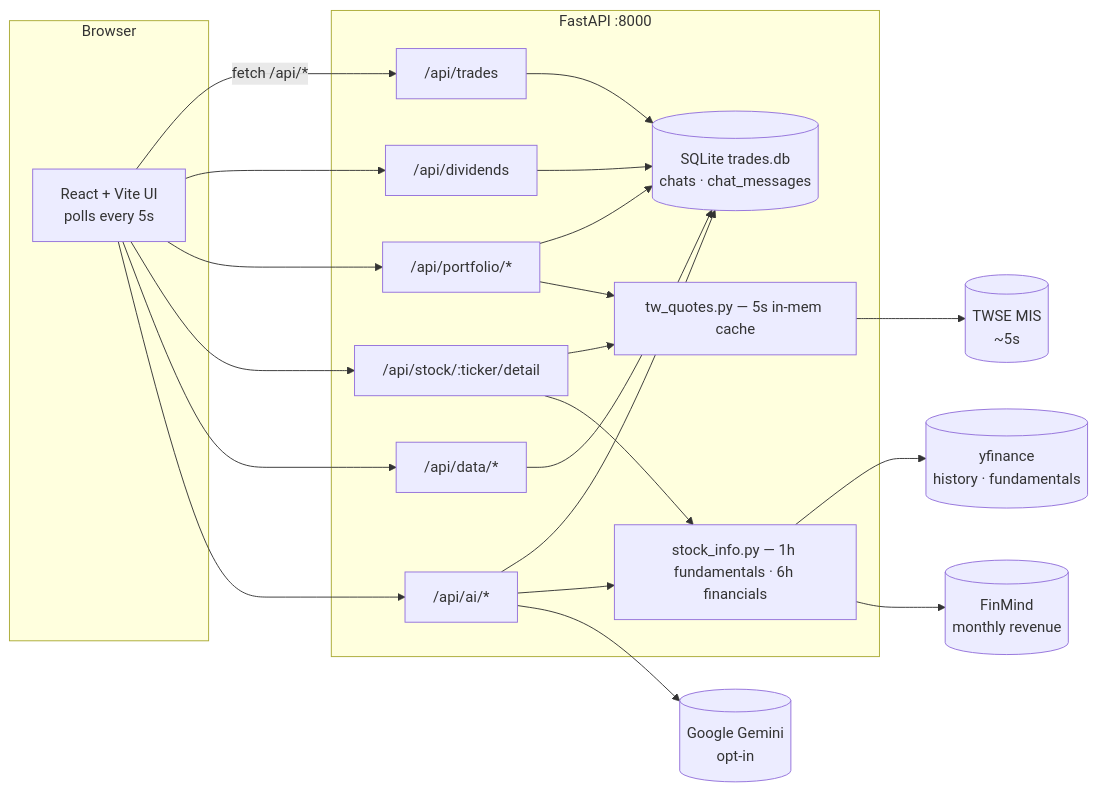
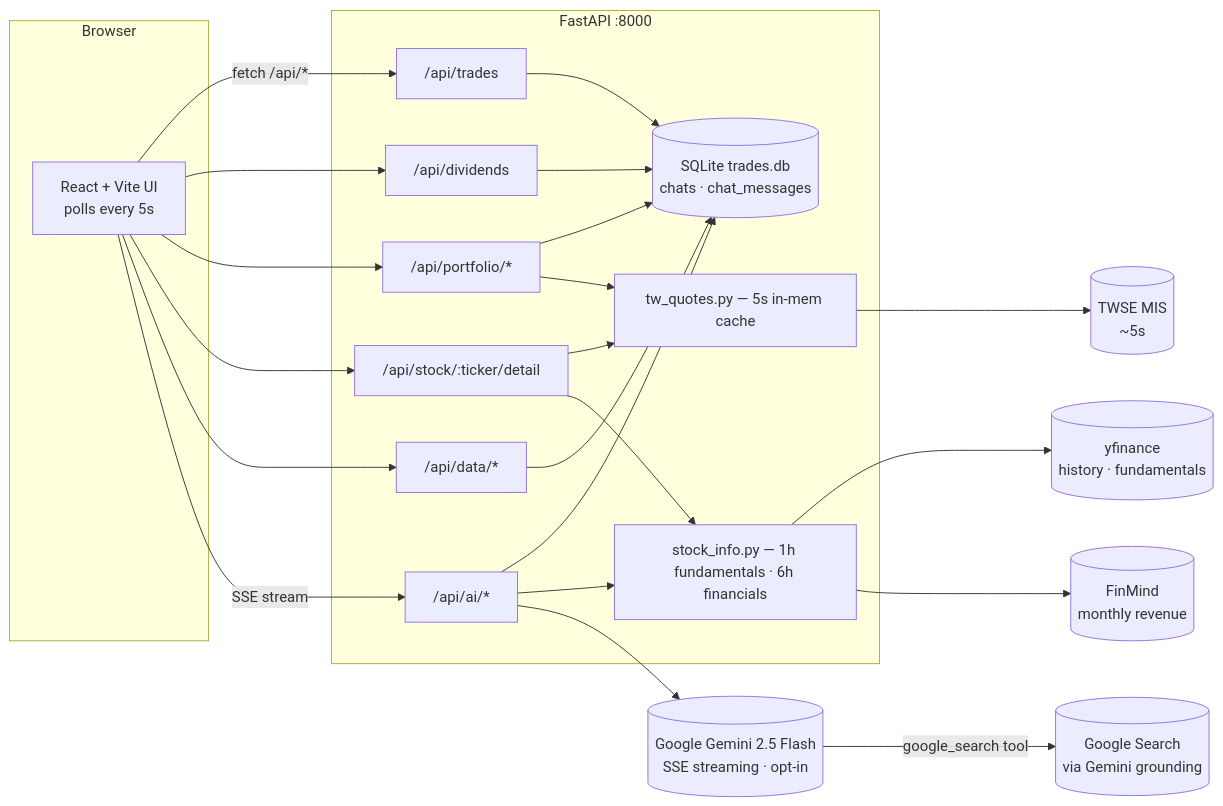
The diagram in README.md (jimmy19981226/stock-tracker), drawn with Mermaid before and after one commit. The commit also changed other lines of this file and 14 other files, not shown here.

````diff
--- a/README.md
+++ b/README.md
@@ -131,41 +151,43 @@
 ```mermaid
 flowchart LR
   subgraph Browser
     UI[React + Vite UI<br/>polls every 5s]
   end
   subgraph Backend["FastAPI :8000"]
     Trades["/api/trades"]
     Dividends["/api/dividends"]
     Portfolio["/api/portfolio/*"]
     Stock["/api/stock/:ticker/detail"]
     Data["/api/data/*"]
     AI["/api/ai/*"]
     Quotes["tw_quotes.py — 5s in-mem cache"]
     SInfo["stock_info.py — 1h fundamentals · 6h financials"]
     DB[("SQLite trades.db<br/>chats · chat_messages")]
   end
   TWSE[("TWSE MIS<br/>~5s")]
   YF[("yfinance<br/>history · fundamentals")]
   FM[("FinMind<br/>monthly revenue")]
-  Gemini[("Google Gemini<br/>opt-in")]
+  Gemini[("Google Gemini 2.5 Flash<br/>SSE streaming · opt-in")]
+  GSearch[("Google Search<br/>via Gemini grounding")]
 
   UI -- "fetch /api/*" --> Trades
   UI --> Dividends
   UI --> Portfolio
   UI --> Stock
   UI --> Data
-  UI --> AI
+  UI -- "SSE stream" --> AI
   Trades --> DB
   Dividends --> DB
   Data --> DB
   Portfolio --> DB
   Portfolio --> Quotes
   Stock --> Quotes
   Stock --> SInfo
   AI --> DB
   AI --> SInfo
   AI --> Gemini
+  Gemini -- "google_search tool" --> GSearch
   Quotes --> TWSE
   SInfo --> YF
   SInfo --> FM
 ```
````
